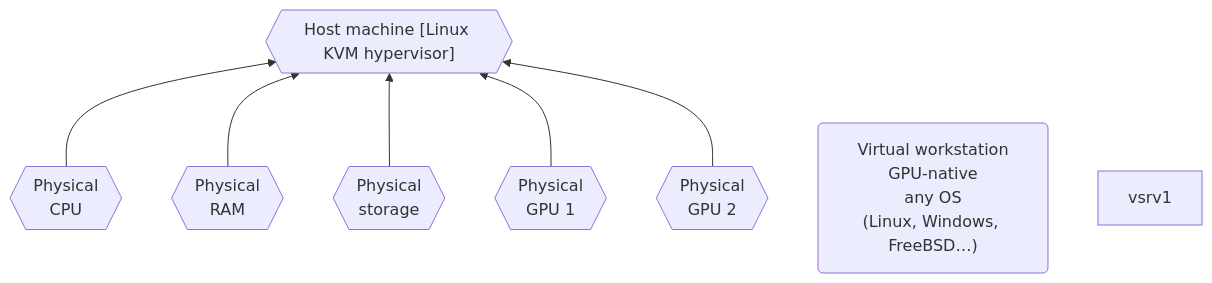
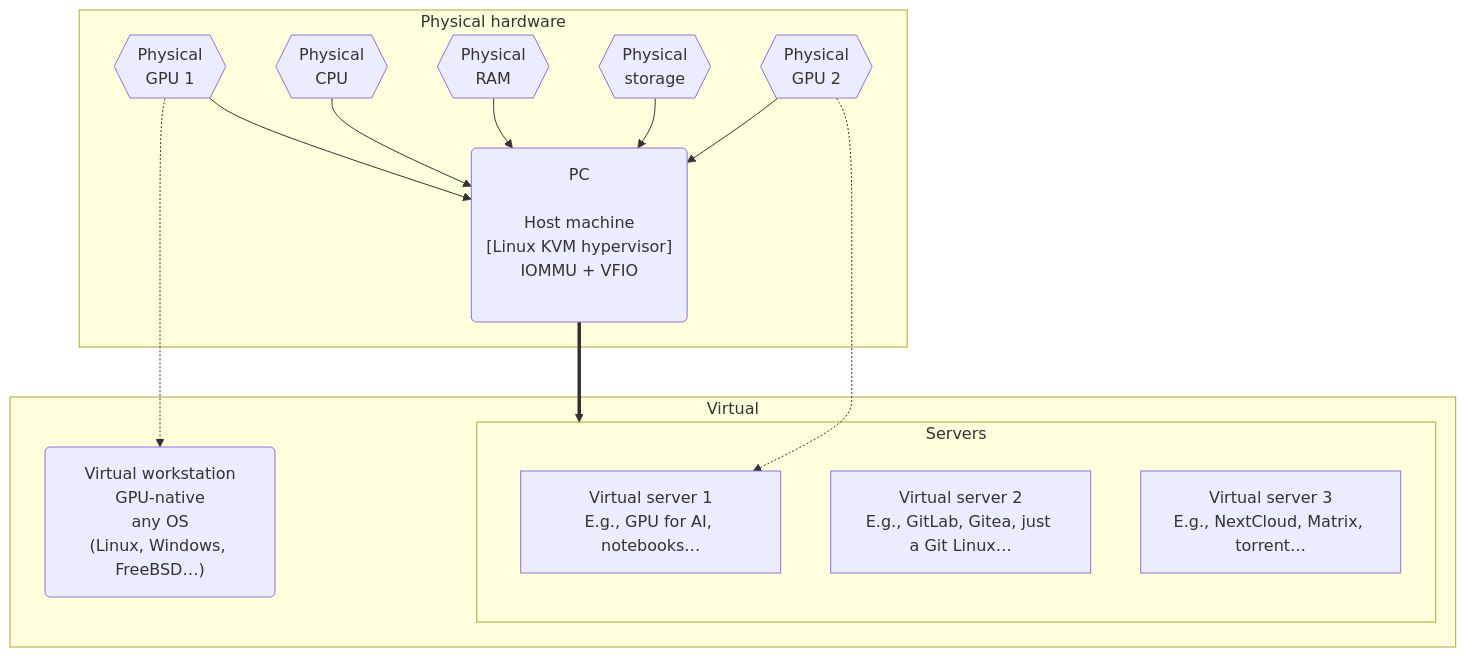
One commit to agenkit/GHost changed the diagram in README.md. Above: the diagram before and after it, drawn with Mermaid. The commit also changed other lines of this file, not shown here.

````diff
--- a/README.md
+++ b/README.md
@@ -7,20 +7,31 @@
 ```mermaid
-graph BT;
-   pcpu{{"Physical<br>CPU"}};
-   pmem{{"Physical<br>RAM"}};
-   pstor{{"Physical<br>storage"}};
-   pgpu1{{"Physical<br>GPU 1"}};
-   pgpu2{{"Physical<br>GPU 2"}};
-   host{{"Host machine [Linux KVM hypervisor]"}};
+graph TB
+
+subgraph "Physical hardware"
+   pgpu1{{"Physical<br>GPU 1"}}
+   pcpu{{"Physical<br>CPU"}}
+   pmem{{"Physical<br>RAM"}}
+   pstor{{"Physical<br>storage"}}
+   pgpu2{{"Physical<br>GPU 2"}}
+   host("PC<br><br>Host machine<br>[Linux KVM hypervisor]<br>IOMMU + VFIO<br><br>")
+end
+
+subgraph Virtual
 
 vws("Virtual workstation<br>GPU-native<br>any OS<br>(Linux, Windows, FreeBSD…)")
-vsrv1
+
+subgraph Servers
+vsrv1["Virtual server 1<br>E.g., GPU for AI, notebooks…"]
+vsrv2["Virtual server 2<br>E.g., GitLab, Gitea, just a Git Linux…"]
+vsrv3["Virtual server 3<br>E.g., NextCloud, Matrix, torrent…"]
+end
+end
 
 
+pgpu1 -.-> vws
+host ==> Servers
+   pcpu & pmem & pstor & pgpu1 & pgpu2 --> host
+pgpu2 -.-> vsrv1
 
 
-
-
-   pcpu & pmem & pstor & pgpu1 & pgpu2 --> host;
-
 ```
````
